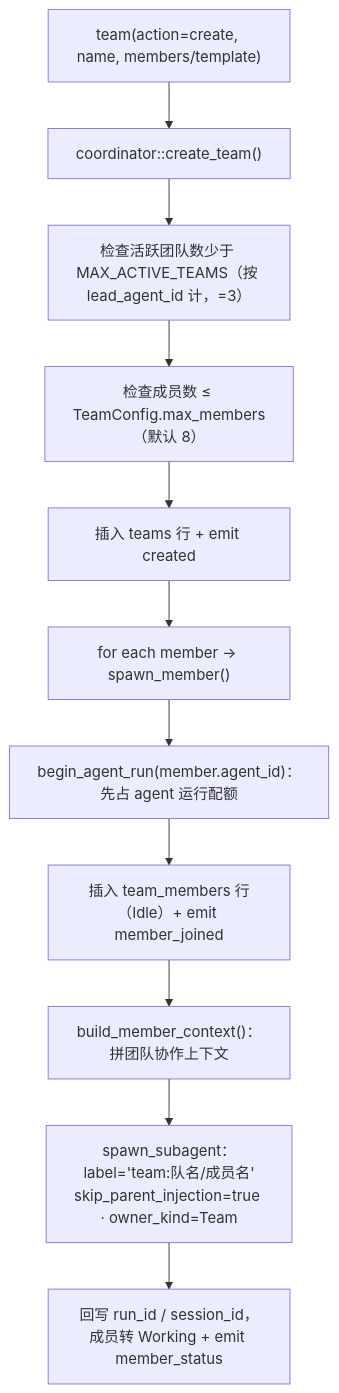
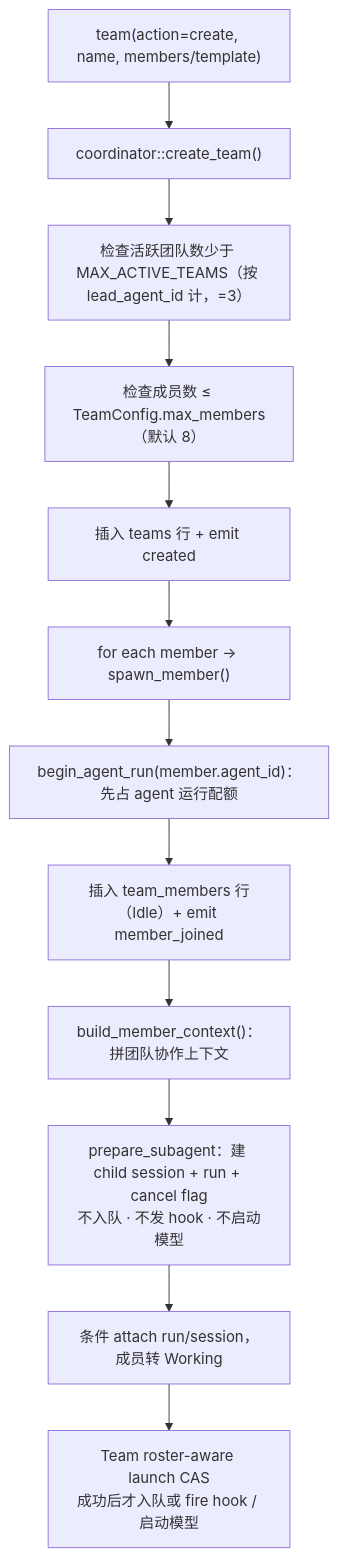
The fourth of 9 diagrams in mirrors/repos/shiwenwen@hope-agent/docs/architecture/agent/agent-team.md (gabrielmoreira/agent-skills-mirror), drawn with Mermaid before and after one commit. The commit also changed other lines of this file and 3176 other files, not shown here.

````diff
--- a/mirrors/repos/shiwenwen@hope-agent/docs/architecture/agent/agent-team.md
+++ b/mirrors/repos/shiwenwen@hope-agent/docs/architecture/agent/agent-team.md
@@ -243,17 +243,18 @@
 ```mermaid
 flowchart TD
     LLM["team(action=create, name, members/template)"]
     CT["coordinator::create_team()"]
     C1["检查活跃团队数少于 MAX_ACTIVE_TEAMS（按 lead_agent_id 计，=3）"]
     C2["检查成员数 ≤ TeamConfig.max_members（默认 8）"]
     C3["插入 teams 行 + emit created"]
     SM["for each member → spawn_member()"]
     M1["begin_agent_run(member.agent_id)：先占 agent 运行配额"]
     M2["插入 team_members 行（Idle）+ emit member_joined"]
     M3["build_member_context()：拼团队协作上下文"]
-    M4["spawn_subagent：label='team:队名/成员名'<br/>skip_parent_injection=true · owner_kind=Team"]
-    M5["回写 run_id / session_id，成员转 Working + emit member_status"]
+    M4["prepare_subagent：建 child session + run + cancel flag<br/>不入队 · 不发 hook · 不启动模型"]
+    M5["条件 attach run/session，成员转 Working"]
+    M6["Team roster-aware launch CAS<br/>成功后才入队或 fire hook / 启动模型"]
 
     LLM --> CT --> C1 --> C2 --> C3 --> SM
-    SM --> M1 --> M2 --> M3 --> M4 --> M5
+    SM --> M1 --> M2 --> M3 --> M4 --> M5 --> M6
 ```
````
